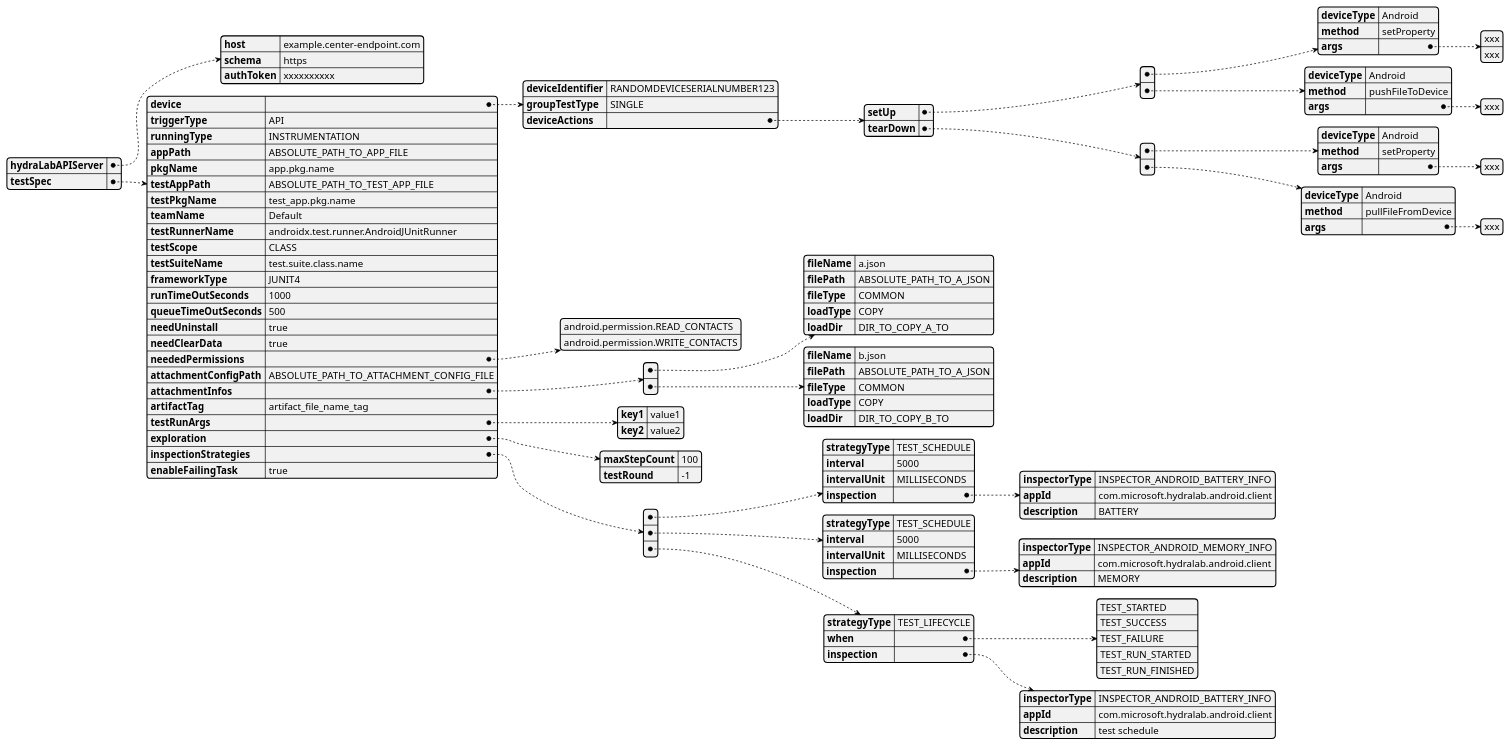
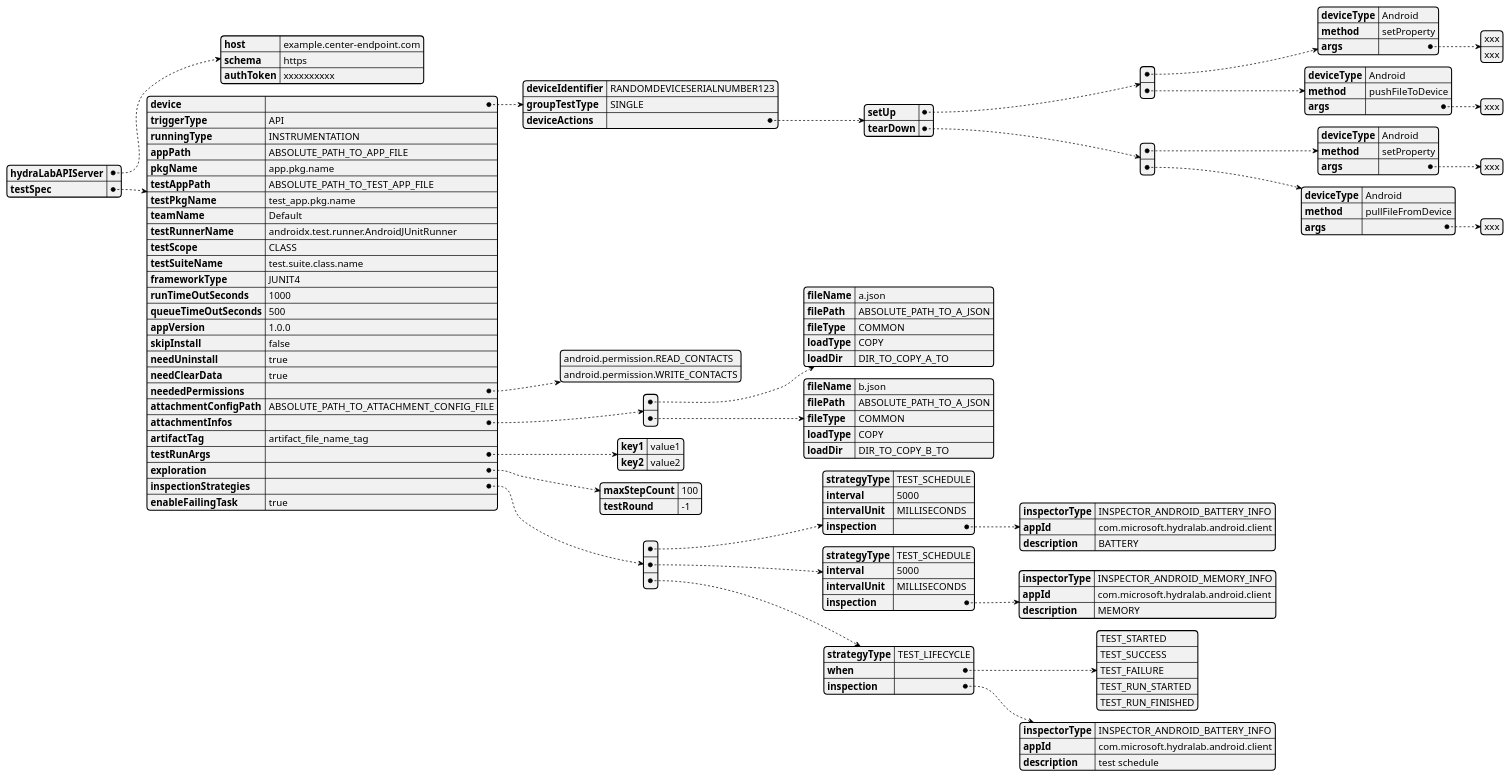
Before and after one commit to microsoft/HydraLab: the diagram in gradle_plugin/doc/UML/gradle_plugin_yaml_config_design.puml, drawn with PlantUML. The commit also changed 13 other files, not shown here.

```diff
--- a/gradle_plugin/doc/UML/gradle_plugin_yaml_config_design.puml
+++ b/gradle_plugin/doc/UML/gradle_plugin_yaml_config_design.puml
@@ -1,95 +1,97 @@
 @startyaml
 hydraLabAPIServer:
     host: example.center-endpoint.com
     schema: https
     authToken: xxxxxxxxxx
 testSpec:
     device:
         deviceIdentifier: RANDOMDEVICESERIALNUMBER123
         groupTestType: SINGLE
         deviceActions:
             setUp:
             - deviceType: Android
               method: setProperty
               args:
                 - xxx
                 - xxx
             - deviceType: Android
               method: pushFileToDevice
               args:
                 - xxx
             tearDown:
             - deviceType: Android
               method: setProperty
               args:
               - xxx
             - deviceType: Android
               method: pullFileFromDevice
               args:
               - xxx
     triggerType: API
     runningType: INSTRUMENTATION
     appPath: ABSOLUTE_PATH_TO_APP_FILE
     pkgName: app.pkg.name
     testAppPath: ABSOLUTE_PATH_TO_TEST_APP_FILE
     testPkgName: test_app.pkg.name
     teamName: Default
     testRunnerName: androidx.test.runner.AndroidJUnitRunner
     testScope: CLASS
     testSuiteName: test.suite.class.name
     frameworkType: JUNIT4
     runTimeOutSeconds: 1000
     queueTimeOutSeconds: 500
+    appVersion: 1.0.0
+    skipInstall: false
     needUninstall: true
     needClearData: true
     neededPermissions:
         - android.permission.READ_CONTACTS
         - android.permission.WRITE_CONTACTS
     attachmentConfigPath: ABSOLUTE_PATH_TO_ATTACHMENT_CONFIG_FILE
     attachmentInfos:
     - fileName: a.json
       filePath: ABSOLUTE_PATH_TO_A_JSON
       fileType: COMMON
       loadType: COPY
       loadDir: DIR_TO_COPY_A_TO
     - fileName: b.json
       filePath: ABSOLUTE_PATH_TO_A_JSON
       fileType: COMMON
       loadType: COPY
       loadDir: DIR_TO_COPY_B_TO
     artifactTag: artifact_file_name_tag
     testRunArgs:
         key1: value1
         key2: value2
     exploration:
         maxStepCount: 100
         testRound: -1
     inspectionStrategies:
     - strategyType: TEST_SCHEDULE
       interval: 5000
       intervalUnit: MILLISECONDS
       inspection:
         inspectorType: INSPECTOR_ANDROID_BATTERY_INFO
         appId: com.microsoft.hydralab.android.client
         description: BATTERY
     - strategyType: TEST_SCHEDULE
       interval: 5000
       intervalUnit: MILLISECONDS
       inspection:
         inspectorType: INSPECTOR_ANDROID_MEMORY_INFO
         appId: com.microsoft.hydralab.android.client
         description: MEMORY
     - strategyType: TEST_LIFECYCLE
       when:
         - TEST_STARTED
         - TEST_SUCCESS
         - TEST_FAILURE
         - TEST_RUN_STARTED
         - TEST_RUN_FINISHED
       inspection:
         inspectorType: INSPECTOR_ANDROID_BATTERY_INFO
         appId: com.microsoft.hydralab.android.client
         description: test schedule
     enableFailingTask: true
 
 @endyaml
```
